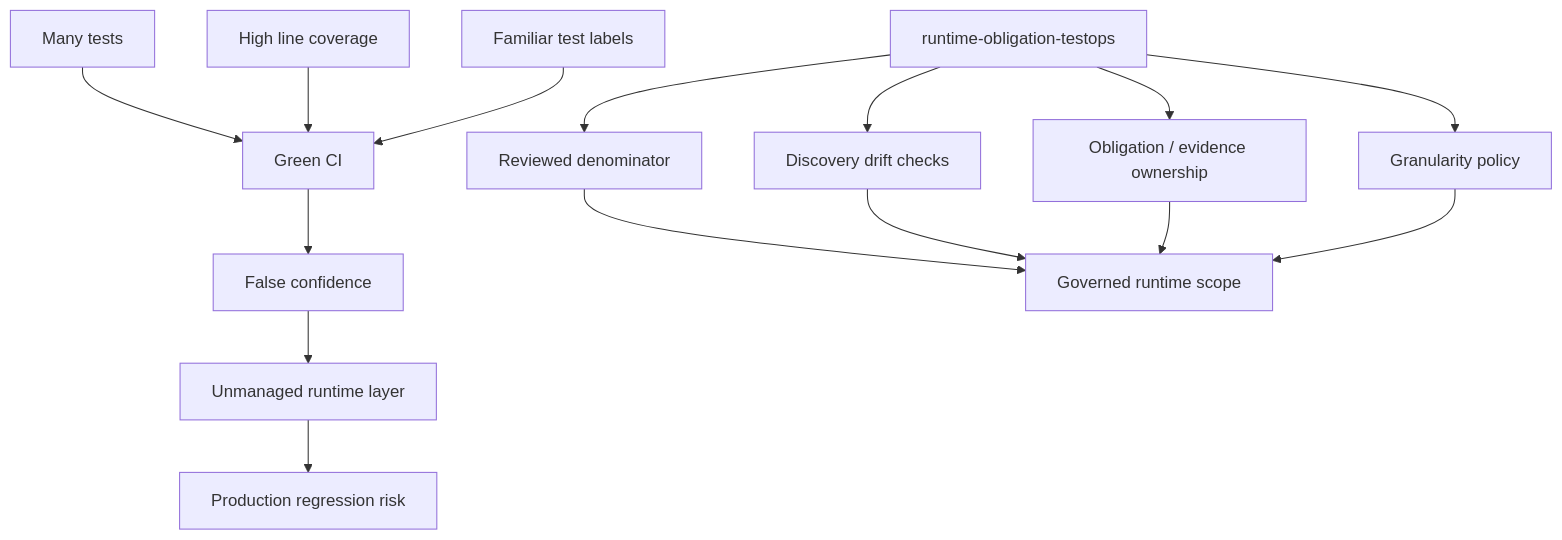
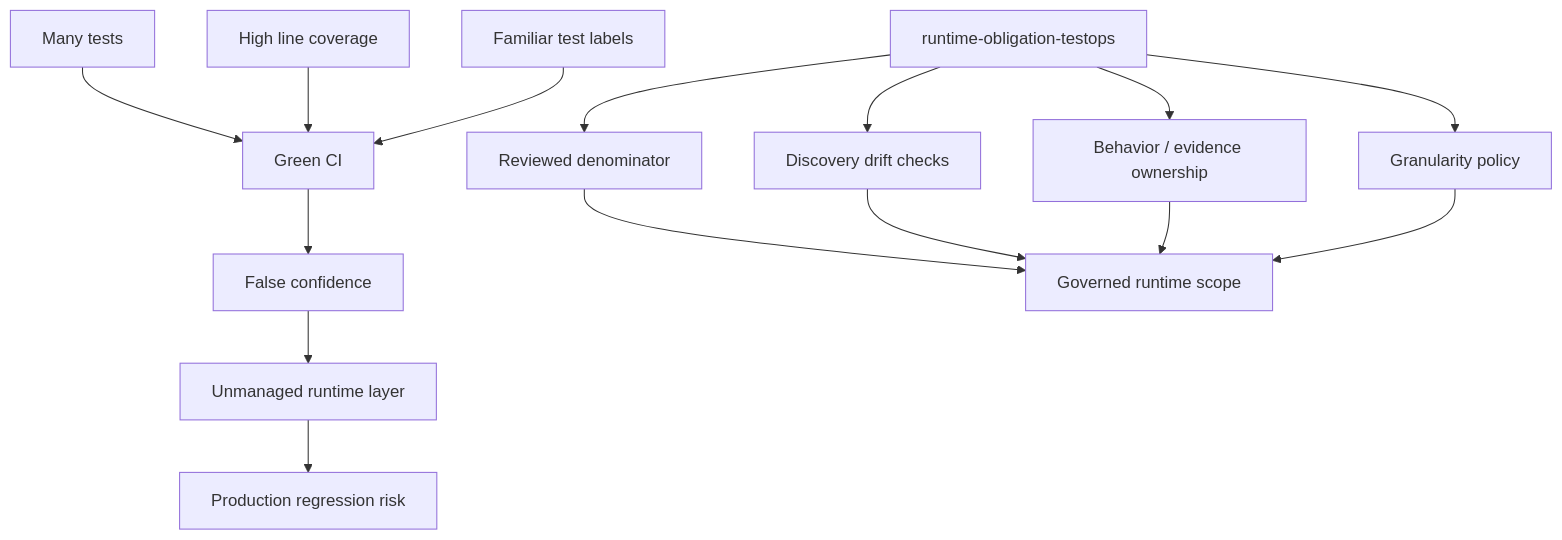
One commit to philo-kim/runtime-obligation-testops changed the diagram in docs/why-this-exists.md. Above: the diagram before and after it, drawn with Mermaid. The commit also changed other lines of this file and 29 other files, not shown here.

````diff
--- a/docs/why-this-exists.md
+++ b/docs/why-this-exists.md
@@ -21,18 +21,18 @@
 ```mermaid
 flowchart TD
   A[Many tests] --> B[Green CI]
   C[High line coverage] --> B
   D[Familiar test labels] --> B
   B --> E[False confidence]
   E --> F[Unmanaged runtime layer]
   F --> G[Production regression risk]
 
   H[runtime-obligation-testops] --> I[Reviewed denominator]
   H --> J[Discovery drift checks]
-  H --> K[Obligation / evidence ownership]
+  H --> K[Behavior / evidence ownership]
   H --> L[Granularity policy]
   I --> M[Governed runtime scope]
   J --> M
   K --> M
   L --> M
 ```
````
